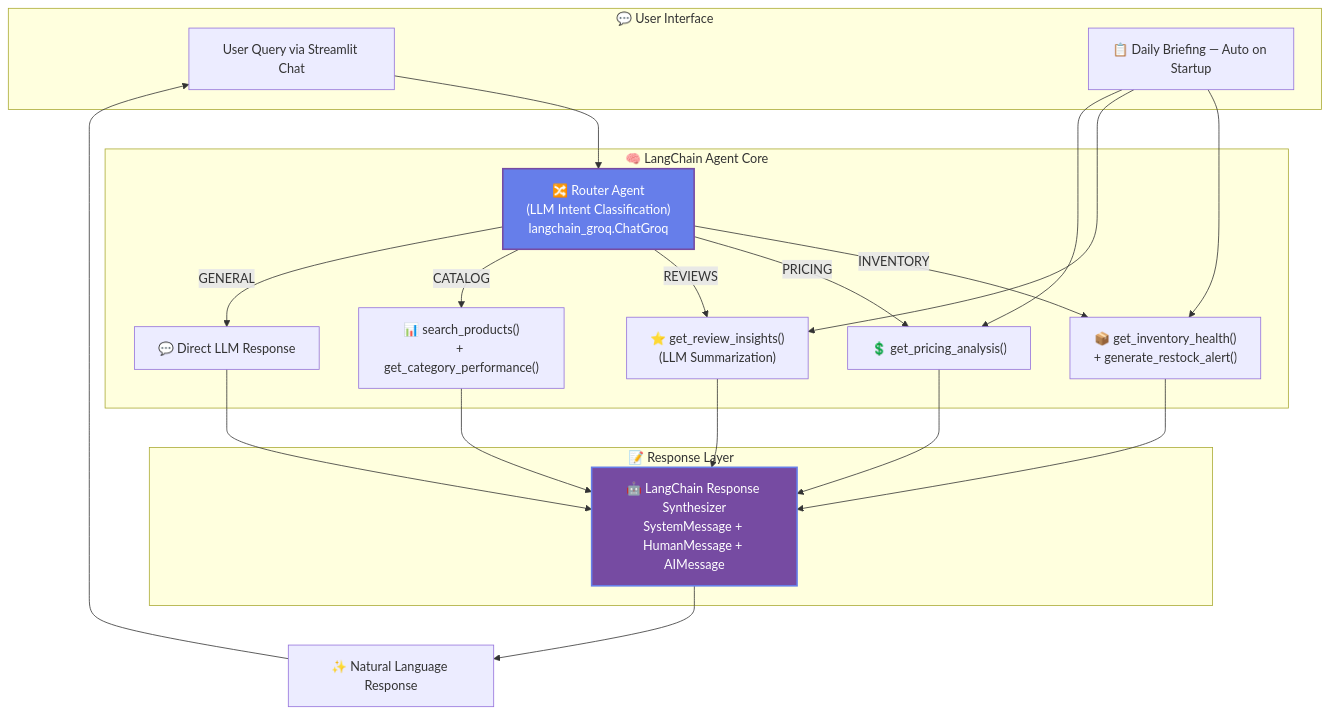
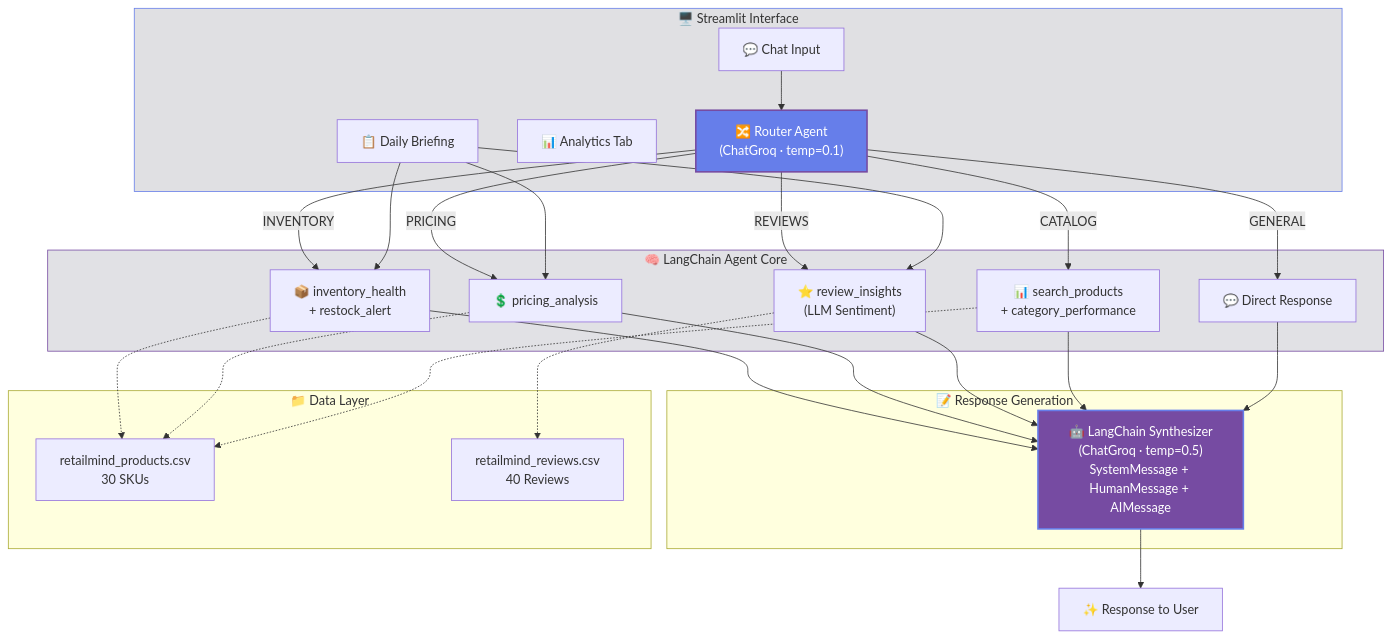
One commit to agarwal-tanmay-work/retailmind-agent-TanmayAgarwal changed the diagram in README.md. Above: the diagram before and after it, drawn with Mermaid. The commit also changed other lines of this file and 2 other files, not shown here.

Commit message:
feat: Enhanced Streamlit App with Plotly Analytics and Premium UI

````diff
--- a/README.md
+++ b/README.md
@@ -87,33 +84,37 @@
 ```mermaid
-graph TD
-    subgraph "💬 User Interface"
-        A[User Query via Streamlit Chat]
-        K[📋 Daily Briefing — Auto on Startup]
+flowchart TD
+    subgraph UI ["🖥️ Streamlit Interface"]
+        A["💬 Chat Input"] --> B
+        Q["📊 Analytics Tab"]
+        K["📋 Daily Briefing"]
     end
-    
-    subgraph "🧠 LangChain Agent Core"
-        B["🔀 Router Agent<br/>(LLM Intent Classification)<br/>langchain_groq.ChatGroq"]
-        
-        B -->|INVENTORY| C["📦 get_inventory_health()<br/>+ generate_restock_alert()"]
-        B -->|PRICING| D["💲 get_pricing_analysis()"]
-        B -->|REVIEWS| E["⭐ get_review_insights()<br/>(LLM Summarization)"]
-        B -->|CATALOG| F["📊 search_products()<br/>+ get_category_performance()"]
-        B -->|GENERAL| G["💬 Direct LLM Response"]
+
+    subgraph Agent ["🧠 LangChain Agent Core"]
+        B["🔀 Router Agent\n(ChatGroq · temp=0.1)"]
+        B -->|INVENTORY| C["📦 inventory_health\n+ restock_alert"]
+        B -->|PRICING| D["💲 pricing_analysis"]
+        B -->|REVIEWS| E["⭐ review_insights\n(LLM Sentiment)"]
+        B -->|CATALOG| F["📊 search_products\n+ category_performance"]
+        B -->|GENERAL| G["💬 Direct Response"]
     end
-    
-    subgraph "📝 Response Layer"
-        H["🤖 LangChain Response Synthesizer<br/>SystemMessage + HumanMessage + AIMessage"]
+
+    subgraph Synthesis ["📝 Response Generation"]
+        H["🤖 LangChain Synthesizer\n(ChatGroq · temp=0.5)\nSystemMessage + HumanMessage + AIMessage"]
     end
-    
-    A --> B
+
+    subgraph Data ["📁 Data Layer"]
+        CSV1["retailmind_products.csv\n30 SKUs"]
+        CSV2["retailmind_reviews.csv\n40 Reviews"]
+    end
+
     C & D & E & F & G --> H
-    H --> I["✨ Natural Language Response"]
-    I --> A
-    
-    K --> C
-    K --> E
-    K --> D
-    
+    H --> I["✨ Response to User"]
+    C & D & F -.-> CSV1
+    E -.-> CSV2
+    K --> C & D & E
+
     style B fill:#667eea,color:#fff,stroke:#764ba2,stroke-width:2px
     style H fill:#764ba2,color:#fff,stroke:#667eea,stroke-width:2px
+    style UI fill:#1a1a2e22,stroke:#667eea
+    style Agent fill:#24243e22,stroke:#764ba2
 ```
````
